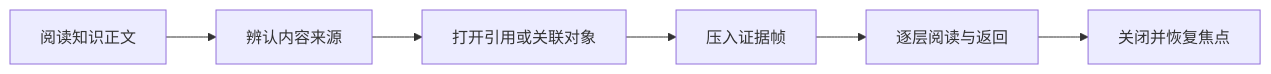
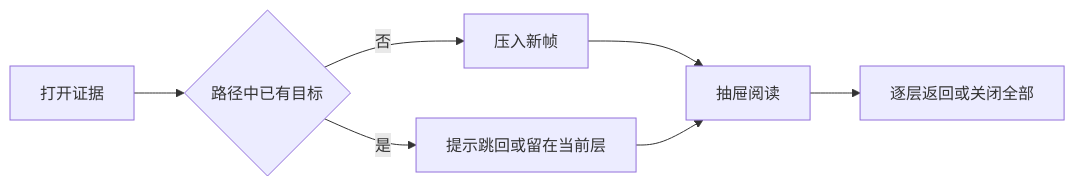
One commit to lejunyang/omem changed the diagram in .repo-review/knowledge/articles/6607c2c3bf5f37d90f40dbb9be65efb451562d2e65e1b7437d9c1a7e6198dfcc.md. Above: the diagram before and after it, drawn with Mermaid. The commit also changed other lines of this file and 233 other files, not shown here.

````diff
--- a/.repo-review/knowledge/articles/6607c2c3bf5f37d90f40dbb9be65efb451562d2e65e1b7437d9c1a7e6198dfcc.md
+++ b/.repo-review/knowledge/articles/6607c2c3bf5f37d90f40dbb9be65efb451562d2e65e1b7437d9c1a7e6198dfcc.md
@@ -23,8 +26,9 @@
 ```mermaid
 flowchart LR
-  A[阅读知识正文] --> B[辨认内容来源]
-  B --> C[打开引用或关联对象]
-  C --> D[压入证据帧]
-  D --> E[逐层阅读与返回]
-  E --> F[关闭并恢复焦点]
+  A[打开证据] --> B{路径中已有目标}
+  B -- 否 --> C[压入新帧]
+  B -- 是 --> D[提示跳回或留在当前层]
+  C --> E[抽屉阅读]
+  D --> E
+  E --> F[逐层返回或关闭全部]
 ```
````
